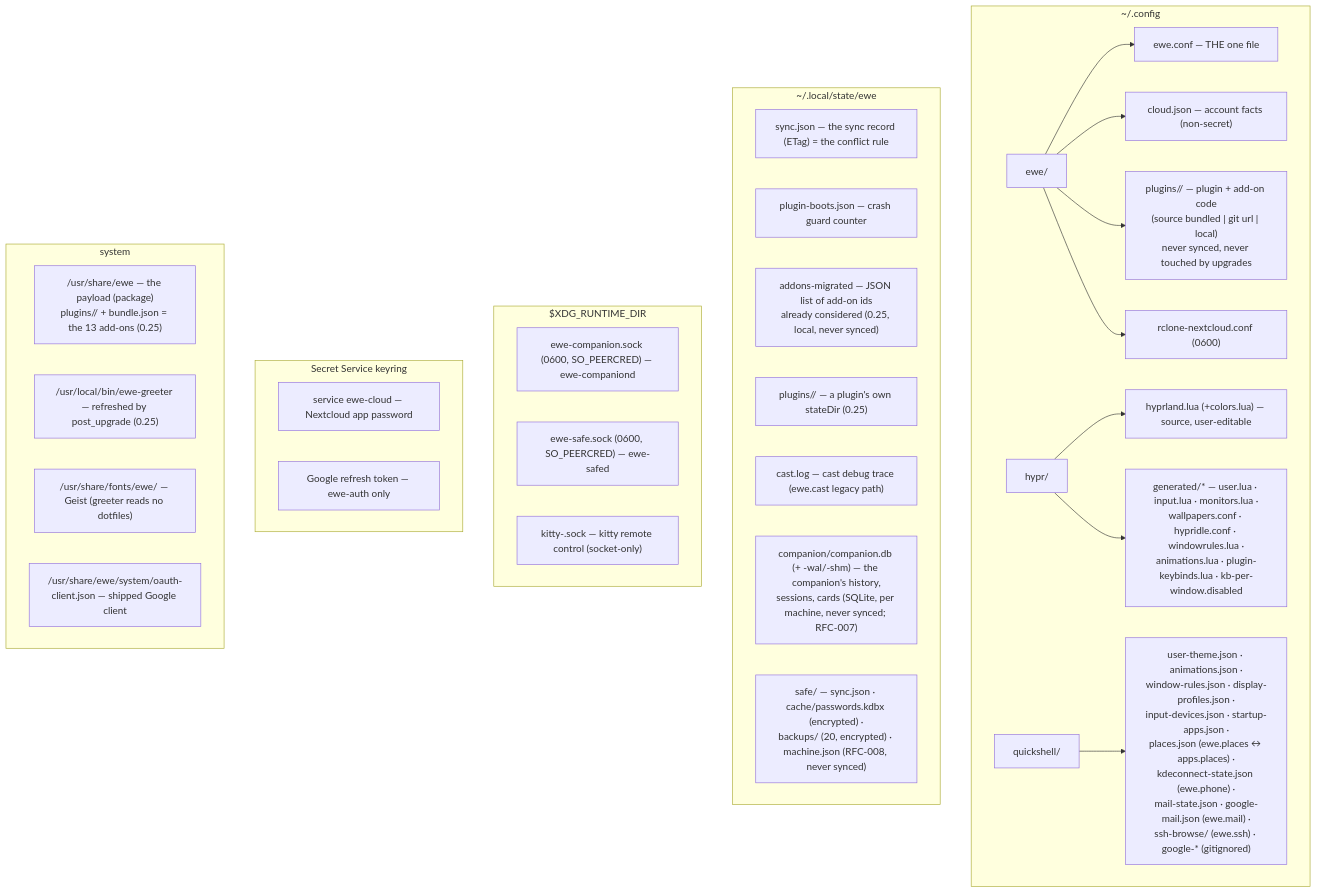
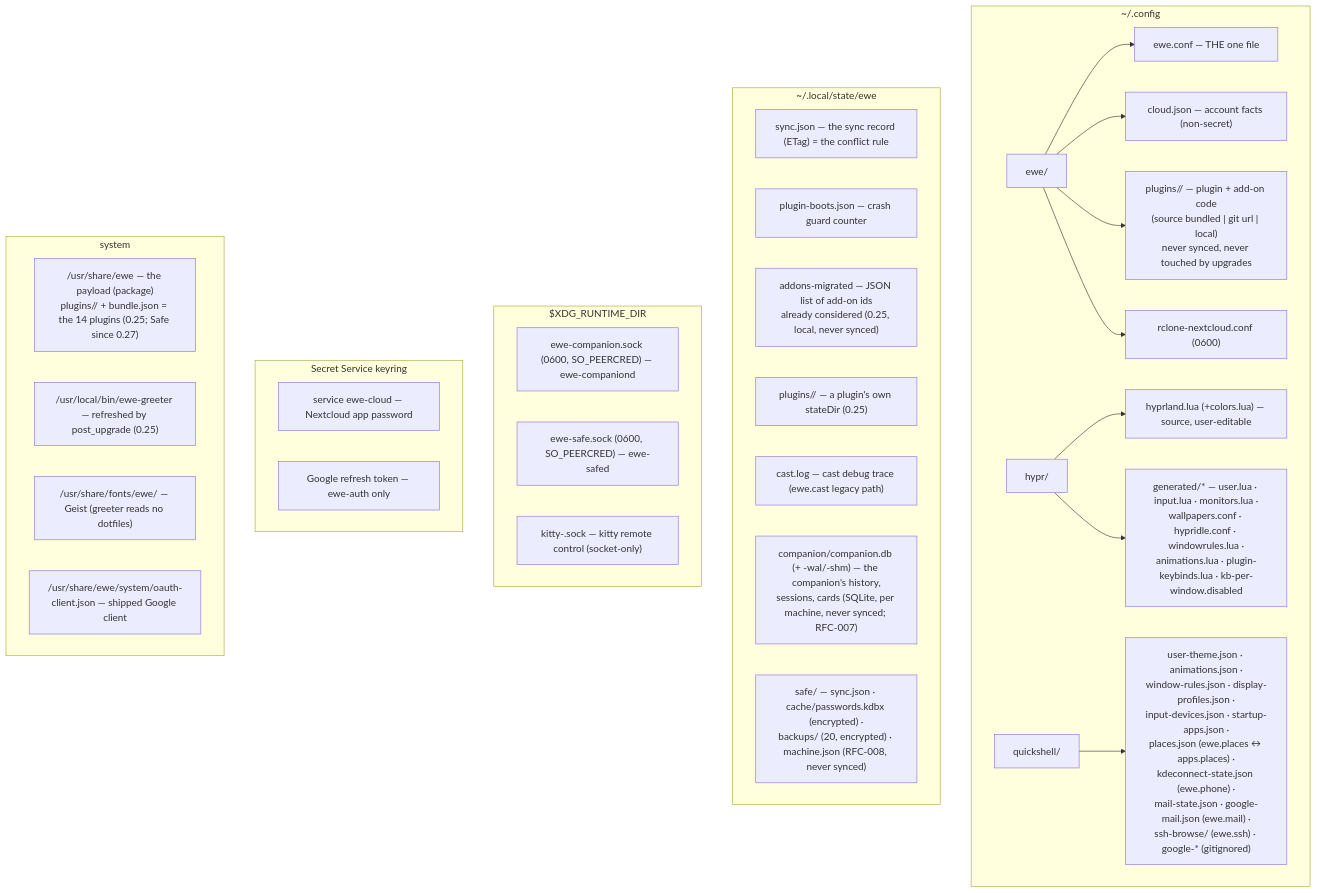
One commit to prj786/ewe-map changed the diagram in 12-Reference/Storage Map.md. Above: the diagram before and after it, drawn with Mermaid. The commit also changed 18 other files, not shown here.

First line of the commit message:
release: Safe 0.1.0-beta + ewe 0.27.0-beta published

````diff
--- a/12-Reference/Storage Map.md
+++ b/12-Reference/Storage Map.md
@@ -14,36 +14,36 @@
 ```mermaid
 flowchart TB
     subgraph CFG["~/.config"]
         EWE["ewe/"] --> CONF["ewe.conf — THE one file"]
         EWE --> CLOUD["cloud.json — account facts (non-secret)"]
         EWE --> PLUGS["plugins/<id>/ — plugin + add-on code<br/>(source bundled | git url | local)<br/>never synced, never touched by upgrades"]
         EWE --> RCLONE["rclone-nextcloud.conf (0600)"]
         HYPR["hypr/"] --> HYPRLUA["hyprland.lua (+colors.lua) — source, user-editable"]
         HYPR --> GEN["generated/* — user.lua · input.lua · monitors.lua ·<br/>wallpapers.conf · hypridle.conf · windowrules.lua ·<br/>animations.lua · plugin-keybinds.lua · kb-per-window.disabled"]
         QS["quickshell/"] --> QSJ["user-theme.json · animations.json ·<br/>window-rules.json · display-profiles.json ·<br/>input-devices.json · startup-apps.json ·<br/>places.json (ewe.places ↔ apps.places) ·<br/>kdeconnect-state.json (ewe.phone) ·<br/>mail-state.json · google-mail.json (ewe.mail) ·<br/>ssh-browse/ (ewe.ssh) · google-* (gitignored)"]
     end
     subgraph STATE["~/.local/state/ewe"]
         SYNC["sync.json — the sync record (ETag) = the conflict rule"]
         BOOTS["plugin-boots.json — crash guard counter"]
         MIGR["addons-migrated — JSON list of add-on ids<br/>already considered (0.25, local, never synced)"]
         PSTATE["plugins/<id>/ — a plugin's own stateDir (0.25)"]
         CAST["cast.log — cast debug trace (ewe.cast legacy path)"]
         COMP["companion/companion.db (+ -wal/-shm) — the companion's history,<br/>sessions, cards (SQLite, per machine, never synced; RFC-007)"]
         SAFE["safe/ — sync.json · cache/passwords.kdbx (encrypted) ·<br/>backups/ (20, encrypted) · machine.json (RFC-008, never synced)"]
     end
     subgraph RUN["$XDG_RUNTIME_DIR"]
         CSOCK["ewe-companion.sock (0600, SO_PEERCRED) — ewe-companiond"]
         SSOCK["ewe-safe.sock (0600, SO_PEERCRED) — ewe-safed"]
         KSOCK["kitty-<pid>.sock — kitty remote control (socket-only)"]
     end
     subgraph KEYRING["Secret Service keyring"]
         KC["service ewe-cloud — Nextcloud app password"]
         KG["Google refresh token — ewe-auth only"]
     end
     subgraph SYSTEM["system"]
-        PAY["/usr/share/ewe — the payload (package)<br/>plugins/<id>/ + bundle.json = the 13 add-ons (0.25)"]
+        PAY["/usr/share/ewe — the payload (package)<br/>plugins/<id>/ + bundle.json = the 14 plugins (0.25; Safe since 0.27)"]
         GREET["/usr/local/bin/ewe-greeter — refreshed by post_upgrade (0.25)"]
         FONTS["/usr/share/fonts/ewe/ — Geist (greeter reads no dotfiles)"]
         OAUTH["/usr/share/ewe/system/oauth-client.json — shipped Google client"]
     end
 ```
````
